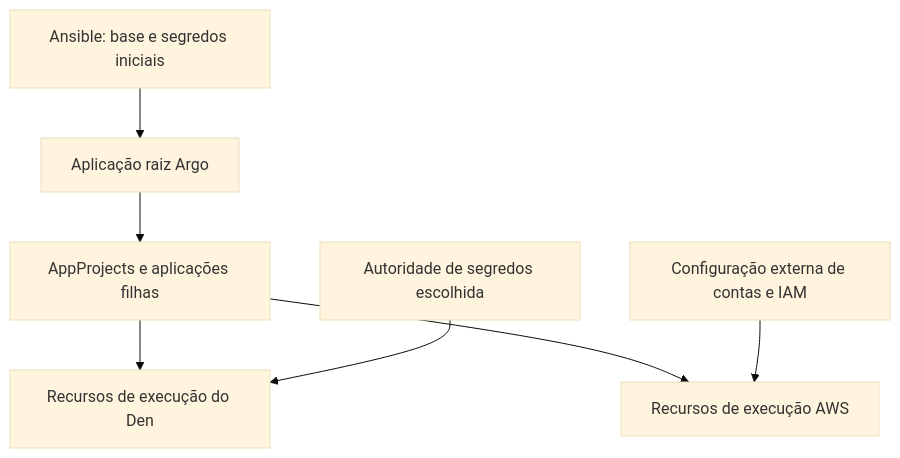
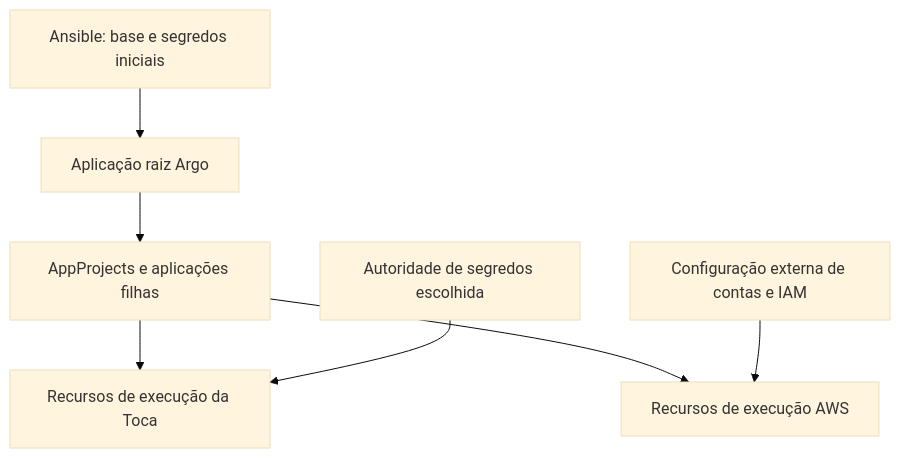
One commit to mr-foxxo/forest-reforge changed the third of 3 diagrams in docs/pt-BR/assets/architecture.md. Above: the diagram before and after it, drawn with Mermaid (base theme). The commit also changed other lines of this file and 35 other files, not shown here.

````diff
--- a/docs/pt-BR/assets/architecture.md
+++ b/docs/pt-BR/assets/architecture.md
@@ -42,9 +42,9 @@
 ```mermaid
 flowchart TD
   Bootstrap["Ansible: base e segredos iniciais"] --> Root["Aplicação raiz Argo"]
   Root --> Projects["AppProjects e aplicações filhas"]
-  Projects --> Local["Recursos de execução do Den"]
+  Projects --> Local["Recursos de execução da Toca"]
   Projects --> Cloud["Recursos de execução AWS"]
   External["Configuração externa de contas e IAM"] --> Cloud
   Secret["Autoridade de segredos escolhida"] --> Local
 ```
````
